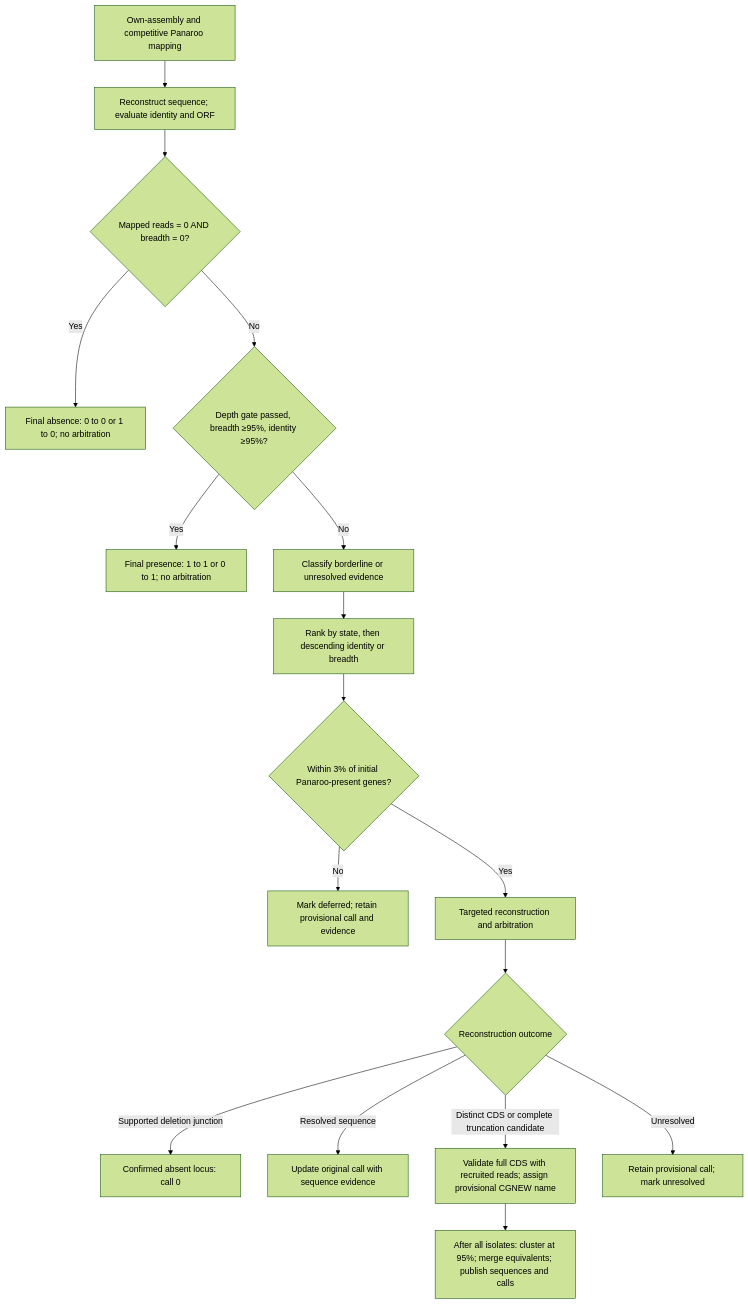
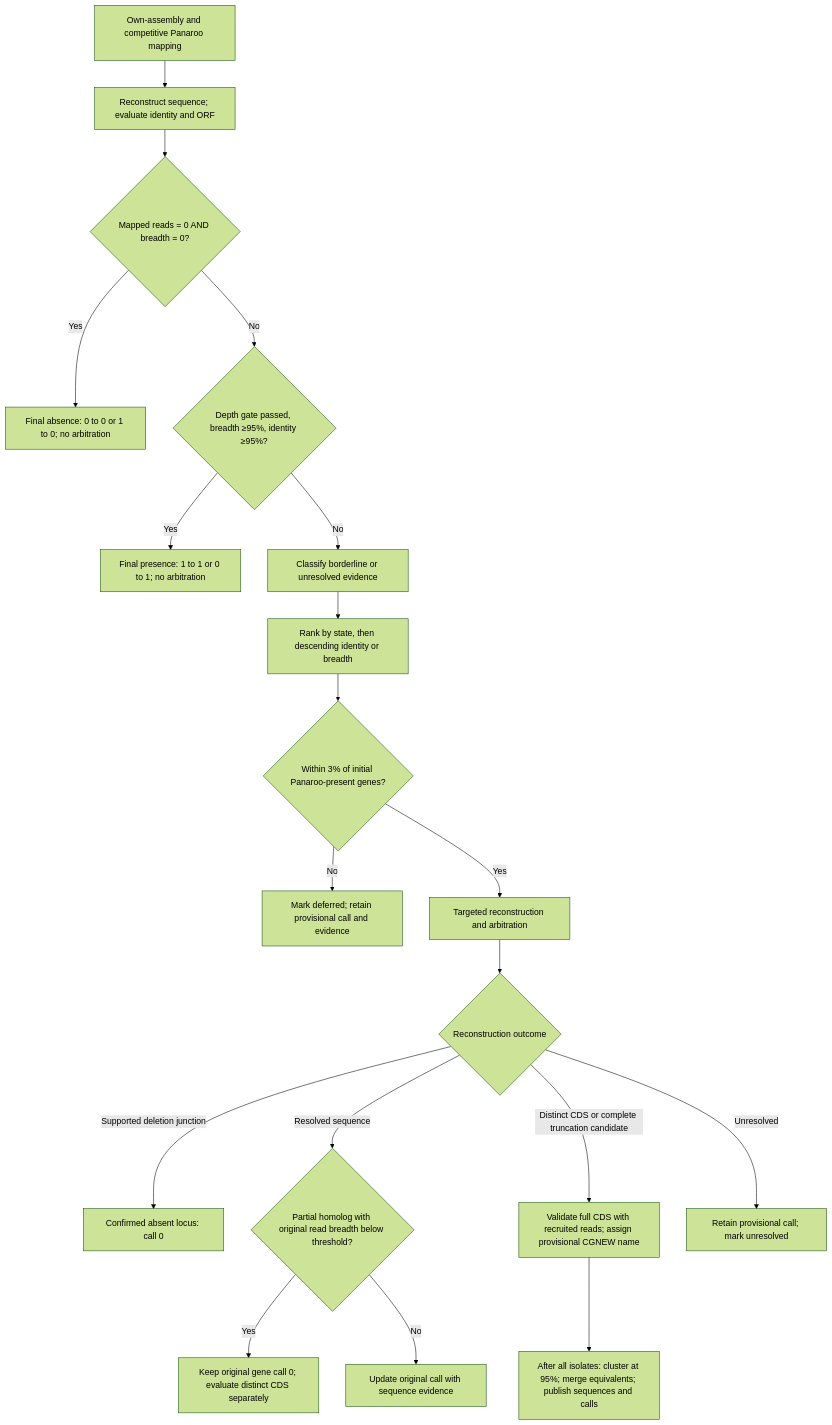
The second of 2 diagrams in README.md (AndriyPlakhotnyk/CleanGene), drawn with Mermaid (forest theme) before and after one commit. The commit also changed other lines of this file and 16 other files, not shown here.

````diff
--- a/README.md
+++ b/README.md
@@ -66,19 +67,21 @@
 ```mermaid
 flowchart TD
     A["Own-assembly and competitive Panaroo mapping"] --> B["Reconstruct sequence; evaluate identity and ORF"]
     B --> C{"Mapped reads = 0 AND breadth = 0?"}
     C -->|Yes| Z["Final absence: 0 to 0 or 1 to 0; no arbitration"]
     C -->|No| D{"Depth gate passed, breadth ≥95%, identity ≥95%?"}
     D -->|Yes| P["Final presence: 1 to 1 or 0 to 1; no arbitration"]
     D -->|No| E["Classify borderline or unresolved evidence"]
     E --> F["Rank by state, then descending identity or breadth"]
     F --> G{"Within 3% of initial Panaroo-present genes?"}
     G -->|No| H["Mark deferred; retain provisional call and evidence"]
     G -->|Yes| I["Targeted reconstruction and arbitration"]
     I --> J{"Reconstruction outcome"}
     J -->|Supported deletion junction| K["Confirmed absent locus: call 0"]
-    J -->|Resolved sequence| L["Update original call with sequence evidence"]
+    J -->|Resolved sequence| R{"Partial homolog with original read breadth below threshold?"}
+    R -->|Yes| V["Keep original gene call 0; evaluate distinct CDS separately"]
+    R -->|No| L["Update original call with sequence evidence"]
     J -->|Distinct CDS or complete truncation candidate| M["Validate full CDS with recruited reads; assign provisional CGNEW name"]
     J -->|Unresolved| N["Retain provisional call; mark unresolved"]
     M --> O["After all isolates: cluster at 95%; merge equivalents; publish sequences and calls"]
 ```
````
